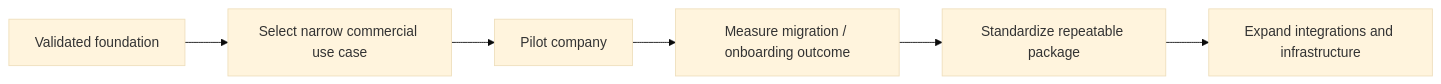
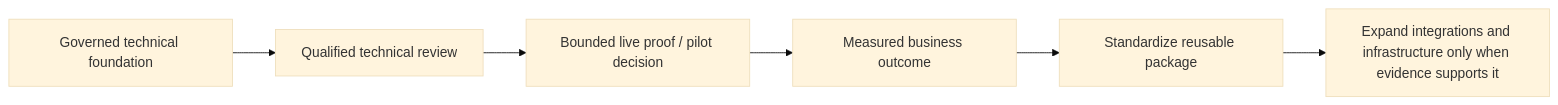
Before and after one commit to Alvaro-Olivas/GoNica-Evidence-Room: the diagram in CURRENT_STATE.md, drawn with Mermaid (base theme). The commit also changed other lines of this file, not shown here.

````diff
--- a/CURRENT_STATE.md
+++ b/CURRENT_STATE.md
@@ -26,8 +41,8 @@
 ```mermaid
 flowchart LR
-    A[Validated foundation] --> B[Select narrow commercial use case]
-    B --> C[Pilot company]
-    C --> D[Measure migration / onboarding outcome]
-    D --> E[Standardize repeatable package]
-    E --> F[Expand integrations and infrastructure]
+    A[Governed technical foundation] --> B[Qualified technical review]
+    B --> C[Bounded live proof / pilot decision]
+    C --> D[Measured business outcome]
+    D --> E[Standardize reusable package]
+    E --> F[Expand integrations and infrastructure only when evidence supports it]
 ```
````
